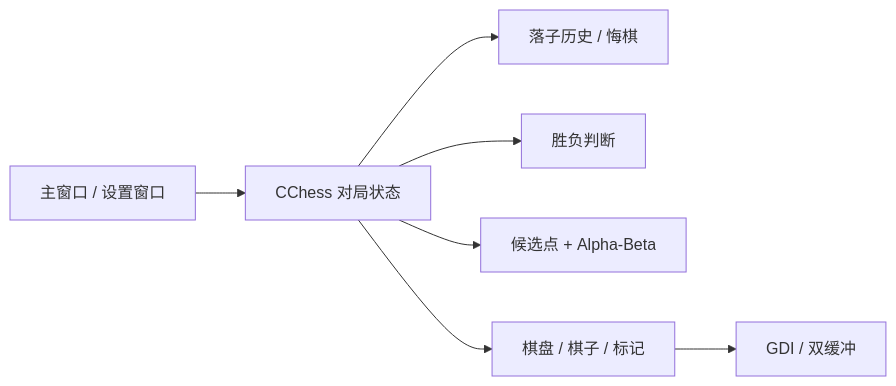
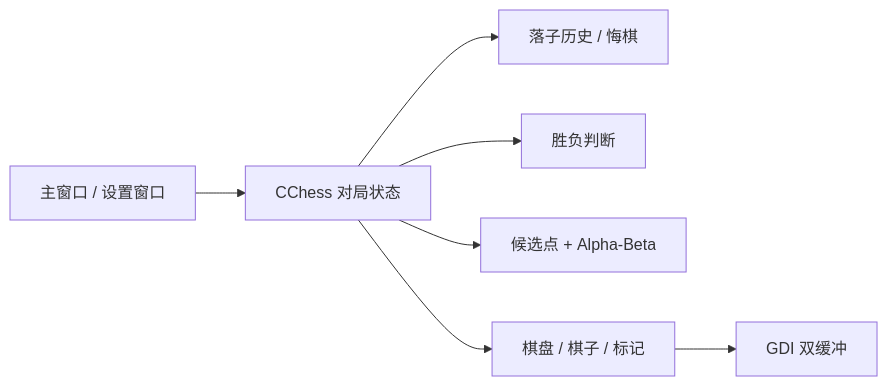
Before and after one commit to LynViii/FiveChess: the diagram in README.md, drawn with Mermaid. The commit also changed other lines of this file, not shown here.

````diff
--- a/README.md
+++ b/README.md
@@ -80,9 +68,9 @@
 ```mermaid
 flowchart LR
     UI[主窗口 / 设置窗口] --> GAME[CChess 对局状态]
     GAME --> HISTORY[落子历史 / 悔棋]
     GAME --> RULE[胜负判断]
     GAME --> AI[候选点 + Alpha-Beta]
     GAME --> DRAW[棋盘 / 棋子 / 标记]
-    DRAW --> GDI[GDI / 双缓冲]
+    DRAW --> GDI[GDI 双缓冲]
 ```
````
